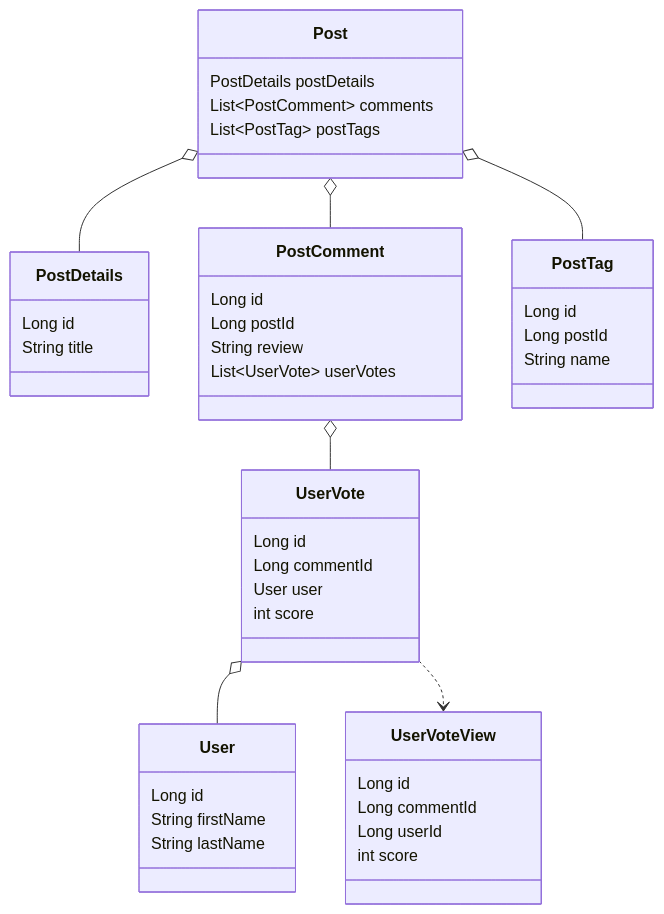
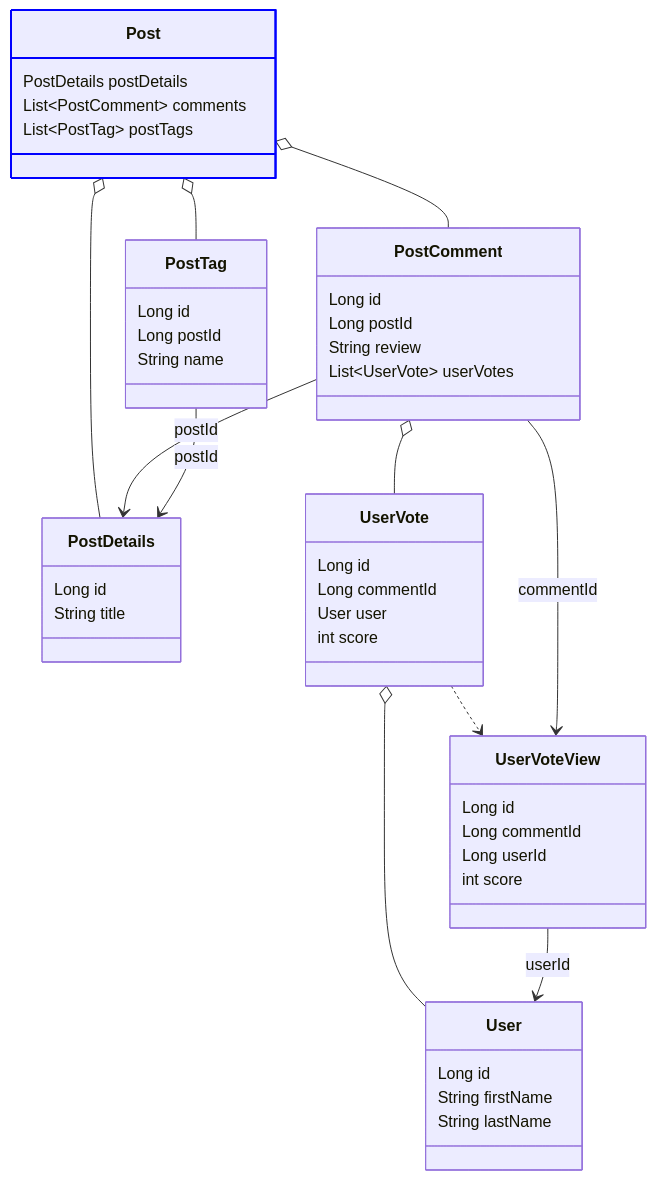
The third of 3 diagrams in README.md (pellse/assembler), drawn with Mermaid before and after one commit. The commit also changed other lines of this file, not shown here.

````diff
--- a/README.md
+++ b/README.md
@@ -259,54 +261,61 @@
 ```mermaid
 classDiagram
     class Post {
         PostDetails postDetails
         List~PostComment~ comments
         List~PostTag~ postTags
     }
 
     class PostDetails {
         Long id
         String title
     }
 
     class PostComment {
         Long id
         Long postId
         String review
         List~UserVote~ userVotes
     }
 
     class UserVoteView {
         Long id
         Long commentId
         Long userId
         int score
     }
 
     class UserVote {
         Long id
         Long commentId
         User user
         int score
     }
 
     class User {
         Long id
         String firstName
         String lastName
     }
 
     class PostTag {
         Long id
         Long postId
         String name
     }
 
     Post o-- PostDetails
     Post o-- PostComment
     Post o-- PostTag
     PostComment o-- UserVote
     UserVote o-- User
     UserVote ..> UserVoteView
 
+    PostComment --> PostDetails : postId
+    PostTag --> PostDetails : postId
+
+    PostComment --> UserVoteView : commentId
+    UserVoteView --> User : userId
+
+    style Post stroke:#0000FF, stroke-width:2px
 ```
````
